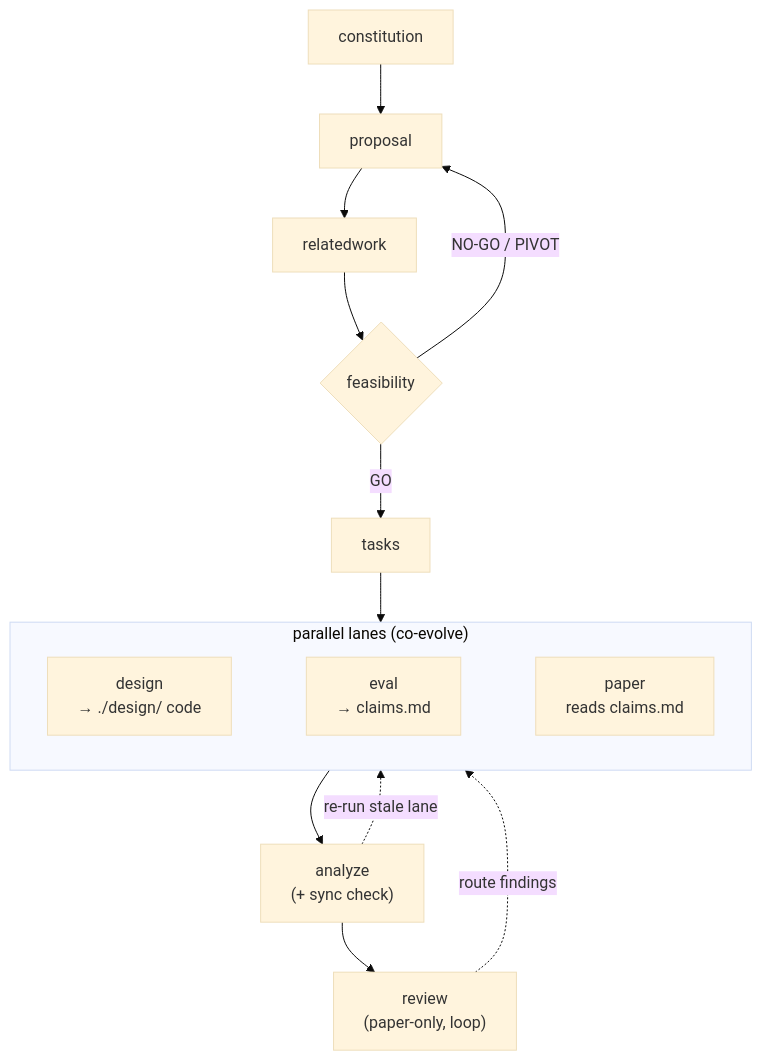
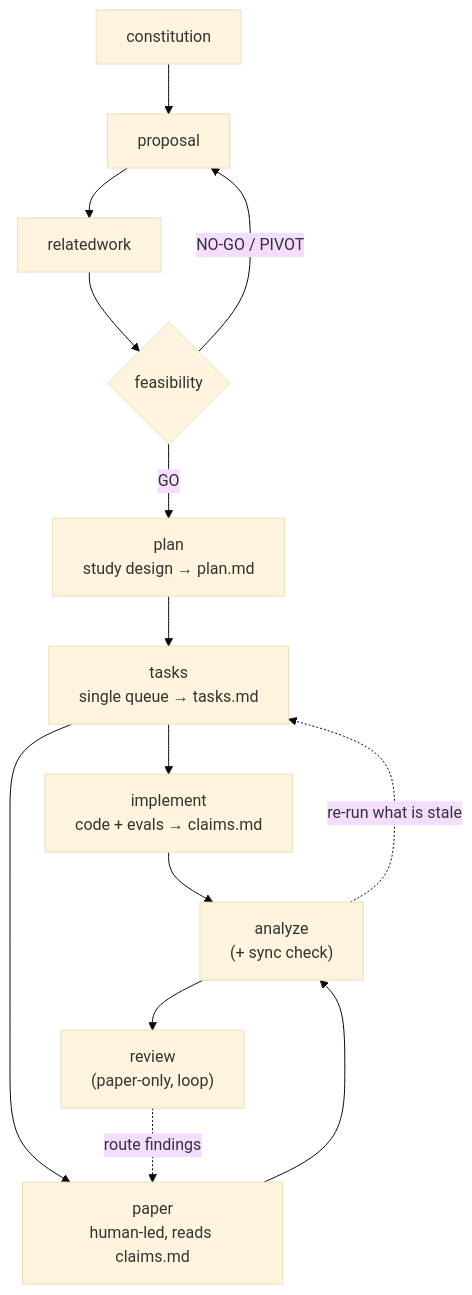
One commit to jiancui-research/research-kit changed the diagram in docs/workflow.md. Above: the diagram before and after it, drawn with Mermaid (base theme). The commit also changed other lines of this file and 27 other files, not shown here.

First line of the commit message:
pipeline v0.7: plan → tasks (single tasks.md) → implement, mirroring spec-kit

````diff
--- a/docs/workflow.md
+++ b/docs/workflow.md
@@ -7,17 +7,14 @@
 ```mermaid
 flowchart TD
     C[constitution] --> P[proposal] --> RW[relatedwork] --> F{feasibility}
     F -->|"NO-GO / PIVOT"| P
-    F -->|GO| T[tasks]
-    T --> L
-
-    subgraph L["parallel lanes (co-evolve)"]
-        direction LR
-        D["design<br/>→ ./design/ code"] ~~~ E["eval<br/>→ claims.md"] ~~~ PA["paper<br/>reads claims.md"]
-    end
-
-    L --> AN["analyze<br/>(+ sync check)"]
-    AN -.->|"re-run stale lane"| L
+    F -->|GO| PL["plan<br/>study design → plan.md"]
+    PL --> T["tasks<br/>single queue → tasks.md"]
+    T --> I["implement<br/>code + evals → claims.md"]
+    T --> PA["paper<br/>human-led, reads claims.md"]
+    I --> AN["analyze<br/>(+ sync check)"]
+    PA --> AN
+    AN -.->|"re-run what is stale"| T
     AN --> RV["review<br/>(paper-only, loop)"]
-    RV -.->|"route findings"| L
+    RV -.->|"route findings"| PA
 ```
````
